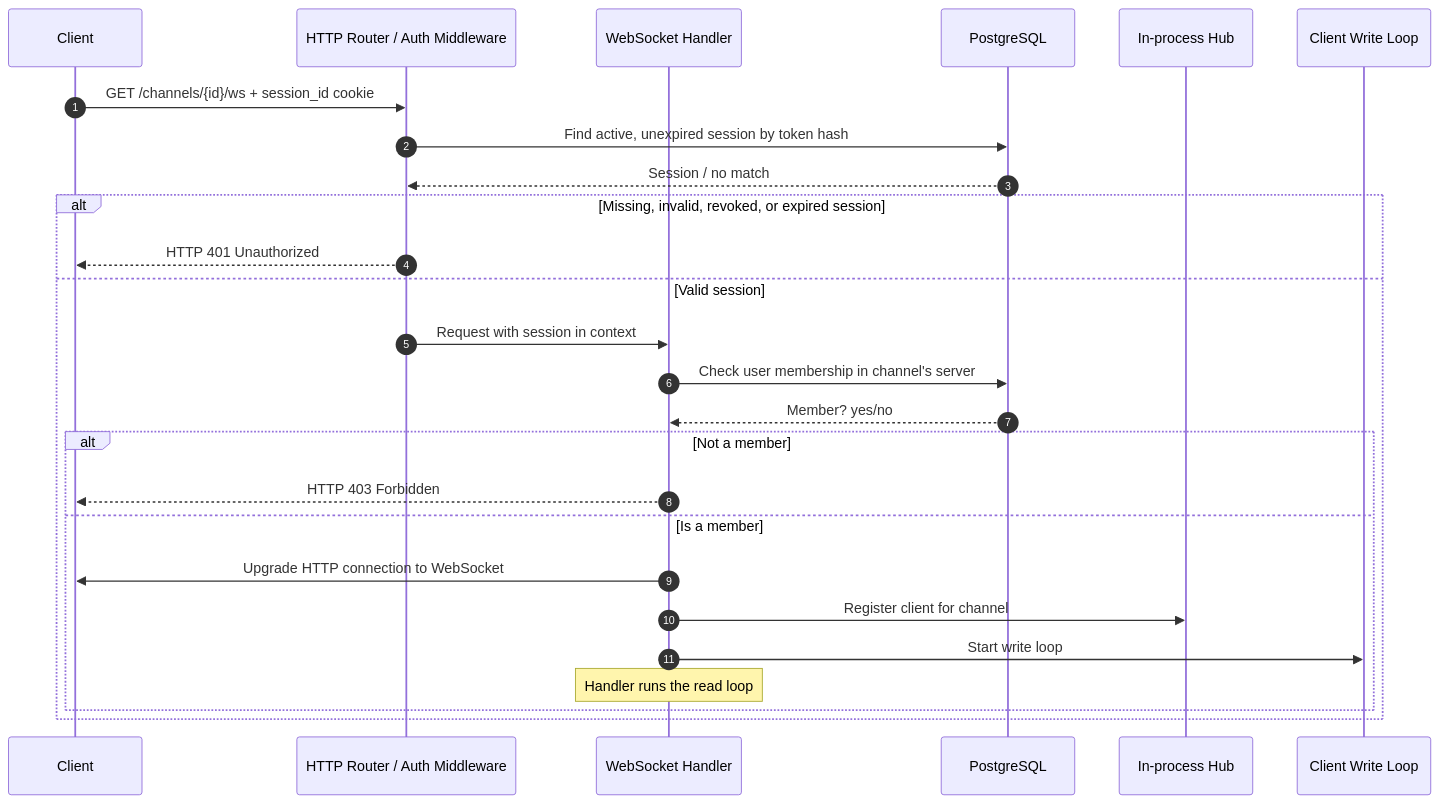
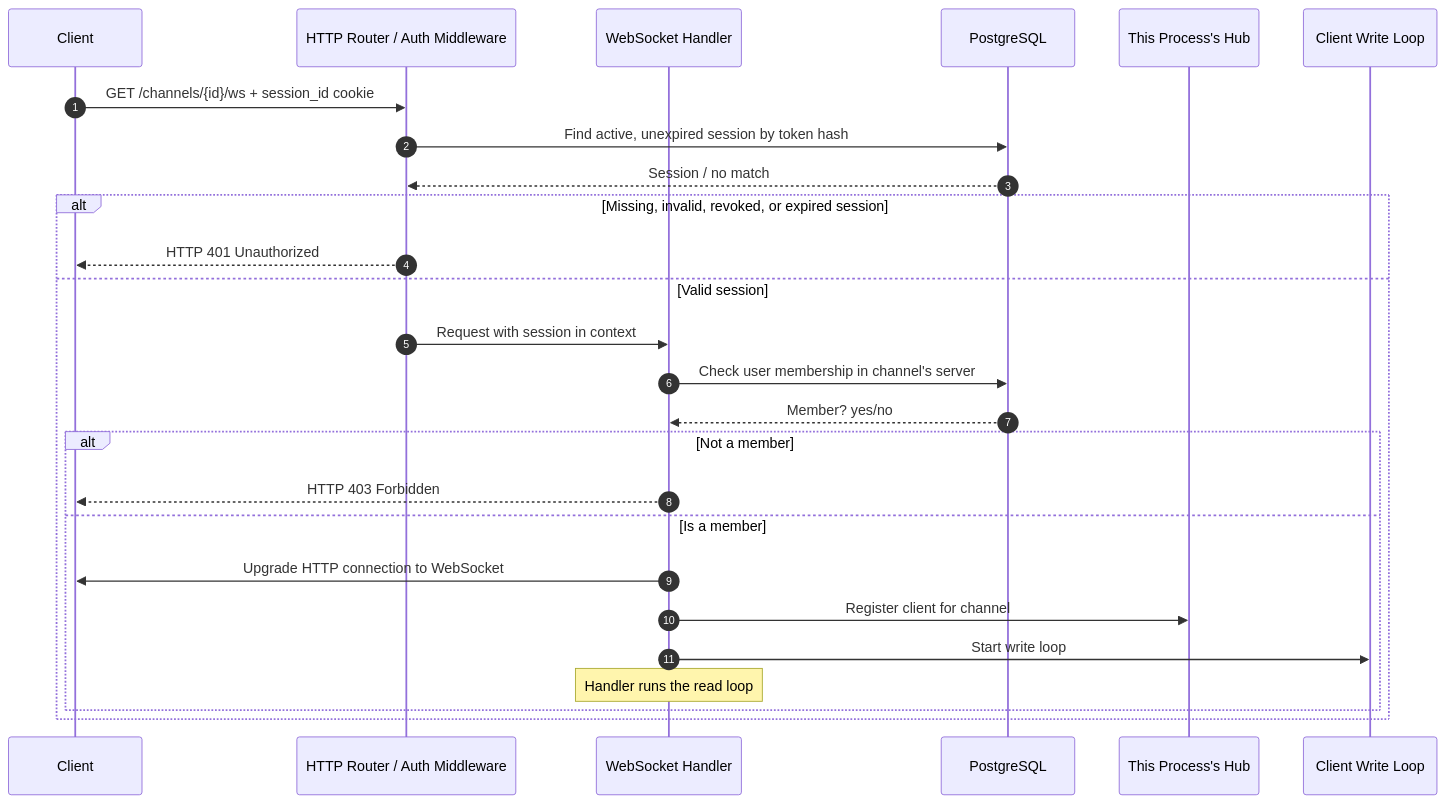
The first of 3 diagrams in docs/websocket-message-flow.md (JoelJokyu/rt-chat), drawn with Mermaid before and after one commit. The commit also changed other lines of this file and 15 other files, not shown here.

````diff
--- a/docs/websocket-message-flow.md
+++ b/docs/websocket-message-flow.md
@@ -10,29 +11,29 @@
 ```mermaid
 sequenceDiagram
     autonumber
     participant C as Client
     participant R as HTTP Router / Auth Middleware
     participant H as WebSocket Handler
     participant DB as PostgreSQL
-    participant Hub as In-process Hub
+    participant Hub as This Process's Hub
     participant W as Client Write Loop
 
     C->>R: GET /channels/{id}/ws + session_id cookie
     R->>DB: Find active, unexpired session by token hash
     DB-->>R: Session / no match
     alt Missing, invalid, revoked, or expired session
         R-->>C: HTTP 401 Unauthorized
     else Valid session
         R->>H: Request with session in context
         H->>DB: Check user membership in channel's server
         DB-->>H: Member? yes/no
         alt Not a member
             H-->>C: HTTP 403 Forbidden
         else Is a member
             H->>C: Upgrade HTTP connection to WebSocket
             H->>Hub: Register client for channel
             H->>W: Start write loop
             Note over H: Handler runs the read loop
         end
     end
 ```
````
